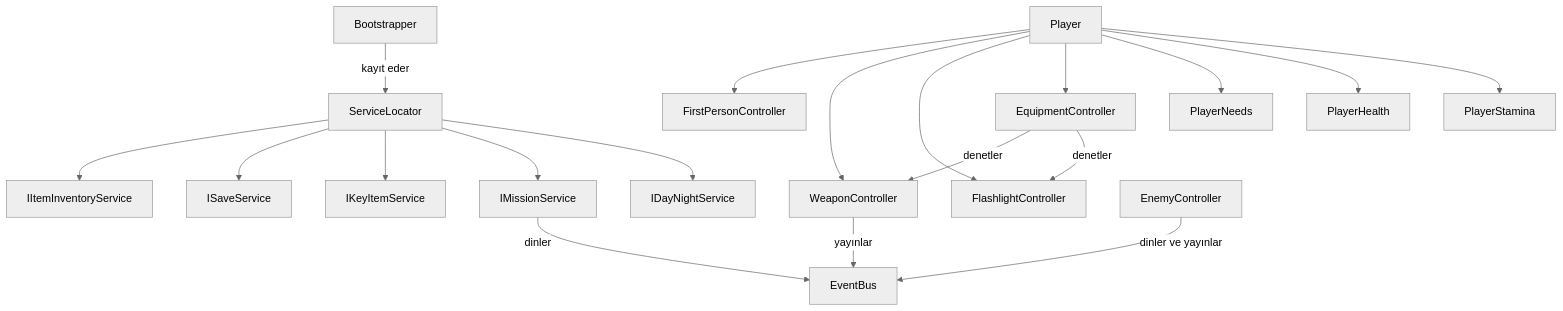
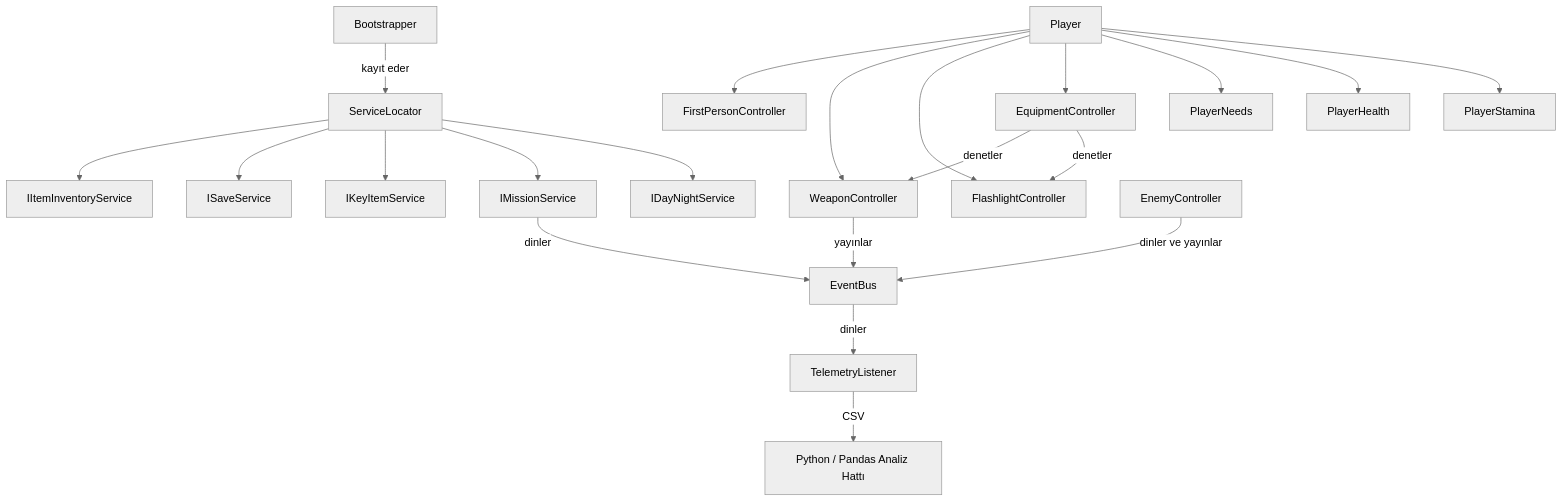
The first of 3 diagrams in README.md (YunusEmre1213/FPSSurvivalGame), drawn with Mermaid (neutral theme) before and after one commit. The commit also changed other lines of this file, not shown here.

````diff
--- a/README.md
+++ b/README.md
@@ -82,24 +98,26 @@
 ```mermaid
 graph TD
     Bootstrapper -->|kayıt eder| ServiceLocator
     ServiceLocator --> InventoryService[IItemInventoryService]
     ServiceLocator --> SaveService[ISaveService]
     ServiceLocator --> KeyItemService[IKeyItemService]
     ServiceLocator --> MissionService[IMissionService]
     ServiceLocator --> DayNightService[IDayNightService]
 
     Player --> FirstPersonController
     Player --> WeaponController
     Player --> FlashlightController
     Player --> EquipmentController
     Player --> PlayerNeeds
     Player --> PlayerHealth
     Player --> PlayerStamina
 
     EquipmentController -->|denetler| WeaponController
     EquipmentController -->|denetler| FlashlightController
 
     WeaponController -->|yayınlar| EventBus
     EnemyController -->|dinler ve yayınlar| EventBus
     MissionService -->|dinler| EventBus
+    EventBus -->|dinler| TelemetryListener
+    TelemetryListener -->|CSV| PythonAnalytics[Python / Pandas Analiz Hattı]
 ```
````
